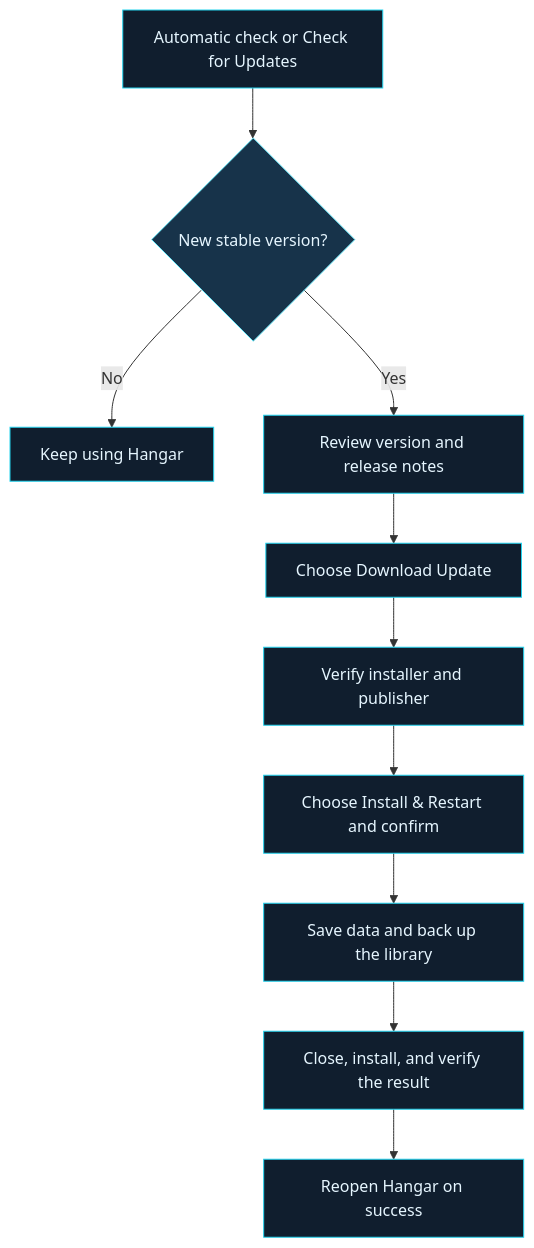
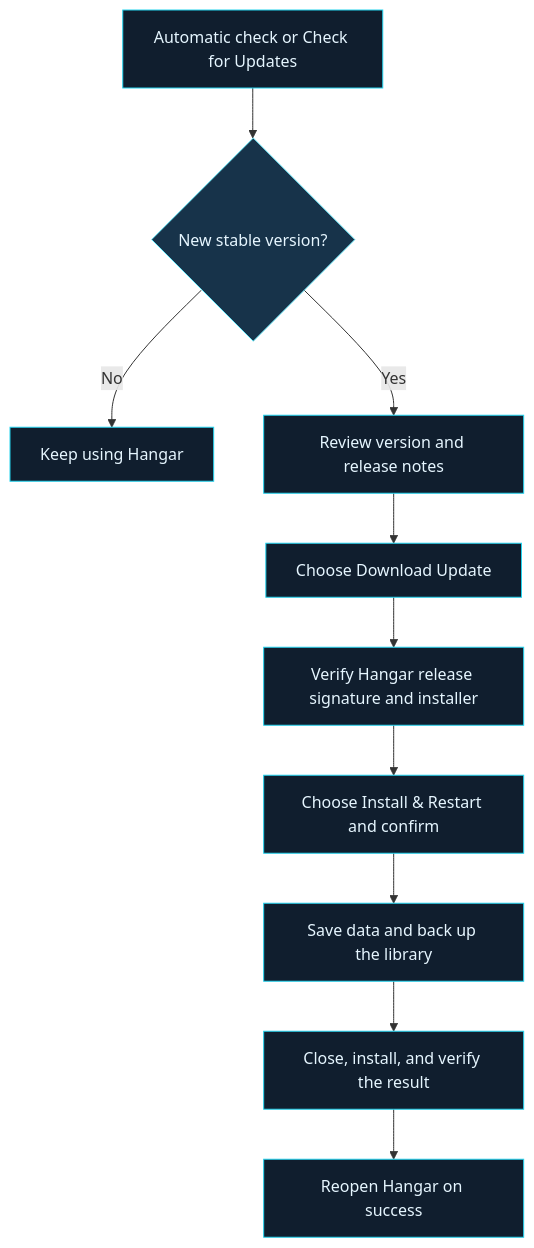
Before and after one commit to TheAddonArchitect/Hangar-Updates: the diagram in README.md, drawn with Mermaid. The commit also changed other lines of this file, not shown here.

Commit message:
Publish Hangar 1.5.1 download and login-free update instructions

````diff
--- a/README.md
+++ b/README.md
@@ -45,16 +49,16 @@
 ```mermaid
 flowchart TD
     A["Automatic check or Check for Updates"] --> B{"New stable version?"}
     B -- No --> C["Keep using Hangar"]
     B -- Yes --> D["Review version and release notes"]
     D --> E["Choose Download Update"]
-    E --> F["Verify installer and publisher"]
+    E --> F["Verify Hangar release signature and installer"]
     F --> G["Choose Install & Restart and confirm"]
     G --> H["Save data and back up the library"]
     H --> I["Close, install, and verify the result"]
     I --> J["Reopen Hangar on success"]
     classDef stage fill:#101e2e,stroke:#22d3ee,color:#e6f6ff;
     classDef decision fill:#17334a,stroke:#67e8f9,color:#e6f6ff;
     class A,C,D,E,F,G,H,I,J stage;
     class B decision;
 ```
````
